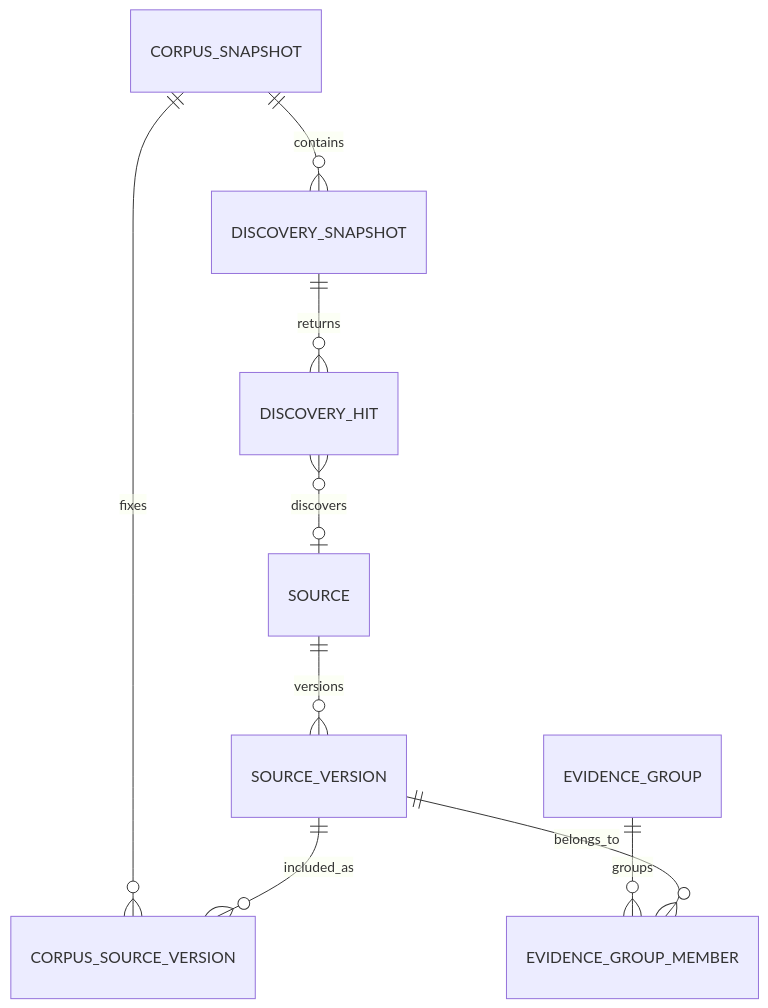
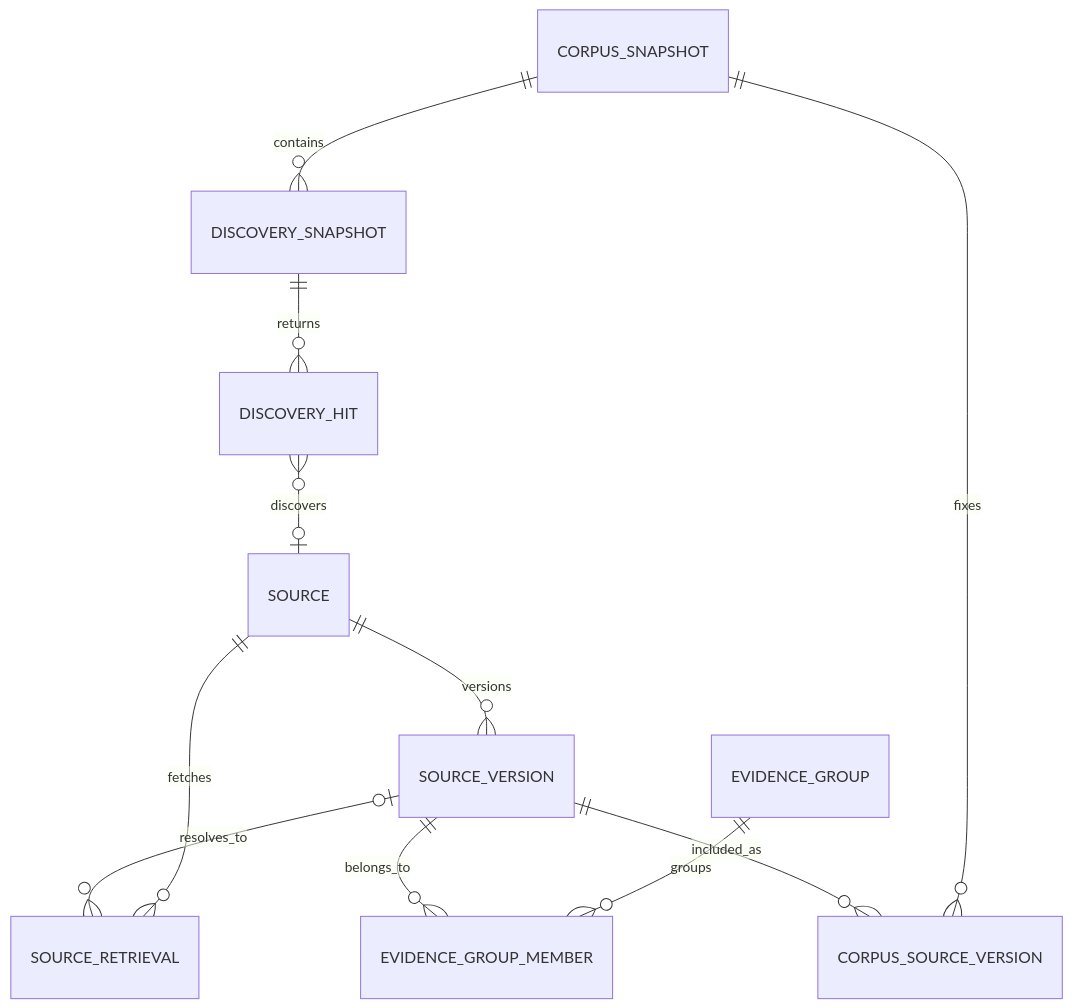
One commit to studylida/ontology-map changed the first of 8 diagrams in logical-data-schema.md. Above: the diagram before and after it, drawn with Mermaid. The commit also changed other lines of this file, not shown here.

Commit message:
docs: correct logical schema invariants

````diff
--- a/logical-data-schema.md
+++ b/logical-data-schema.md
@@ -114,11 +115,13 @@
 ```mermaid
 erDiagram
     CORPUS_SNAPSHOT ||--o{ DISCOVERY_SNAPSHOT : contains
     DISCOVERY_SNAPSHOT ||--o{ DISCOVERY_HIT : returns
     DISCOVERY_HIT }o--o| SOURCE : discovers
     SOURCE ||--o{ SOURCE_VERSION : versions
+    SOURCE ||--o{ SOURCE_RETRIEVAL : fetches
+    SOURCE_VERSION |o--o{ SOURCE_RETRIEVAL : resolves_to
     CORPUS_SNAPSHOT ||--o{ CORPUS_SOURCE_VERSION : fixes
     SOURCE_VERSION ||--o{ CORPUS_SOURCE_VERSION : included_as
     EVIDENCE_GROUP ||--o{ EVIDENCE_GROUP_MEMBER : groups
     SOURCE_VERSION ||--o{ EVIDENCE_GROUP_MEMBER : belongs_to
 ```
````
